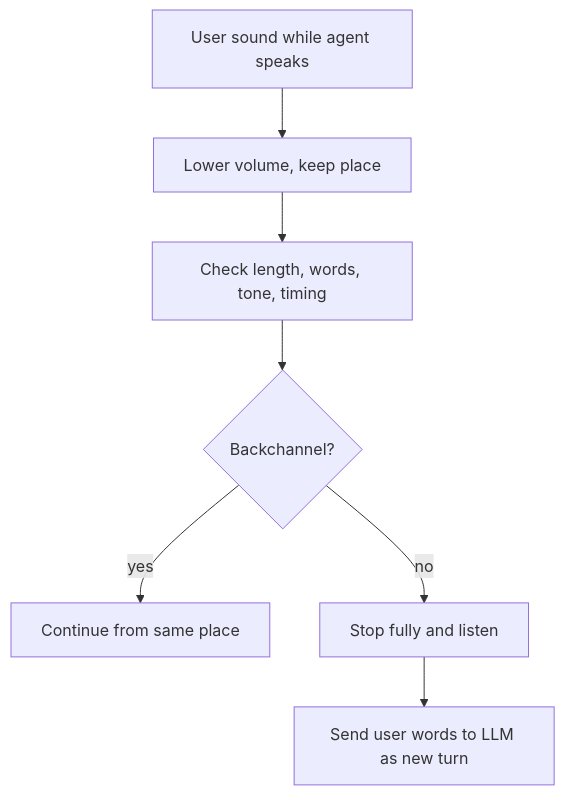
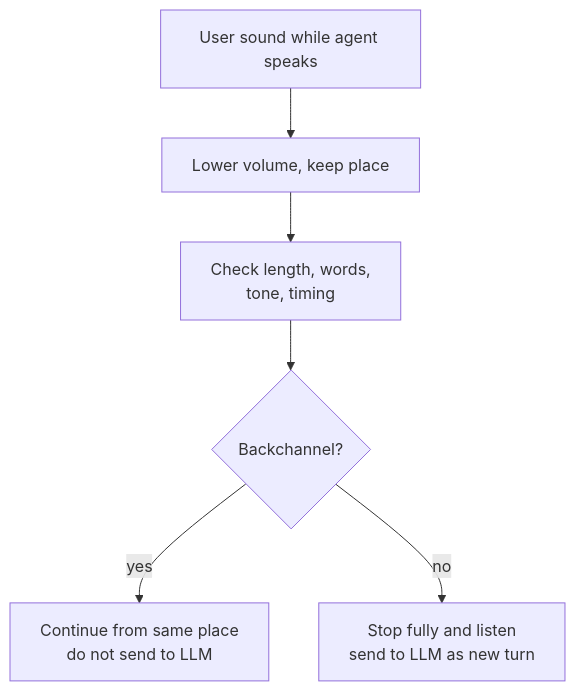
One commit to kaisarnajar/outcome-school-blogs changed the diagram in notes/step-16-ai-infrastructure-deployment-and-system-design/201-backchannels-in-voice-agents.md. Above: the diagram before and after it, drawn with Mermaid. The commit also changed other lines of this file and 233 other files, not shown here.

````diff
--- a/notes/step-16-ai-infrastructure-deployment-and-system-design/201-backchannels-in-voice-agents.md
+++ b/notes/step-16-ai-infrastructure-deployment-and-system-design/201-backchannels-in-voice-agents.md
@@ -42,9 +47,8 @@
 ```mermaid
 flowchart TD
-    A["User sound while agent speaks"] --> B["Lower volume, keep place"]
-    B --> C["Check length, words, tone, timing"]
-    C --> D{"Backchannel?"}
-    D -->|"yes"| E["Continue from same place"]
-    D -->|"no"| F["Stop fully and listen"]
-    F --> G["Send user words to LLM as new turn"]
+A1["User sound while agent speaks"] --> B1["Lower volume, keep place"]
+B1 --> C1["Check length, words,<br/>tone, timing"]
+C1 --> D1{"Backchannel?"}
+D1 -->|"yes"| E1["Continue from same place<br/>do not send to LLM"]
+D1 -->|"no"| F1["Stop fully and listen<br/>send to LLM as new turn"]
 ```
````
